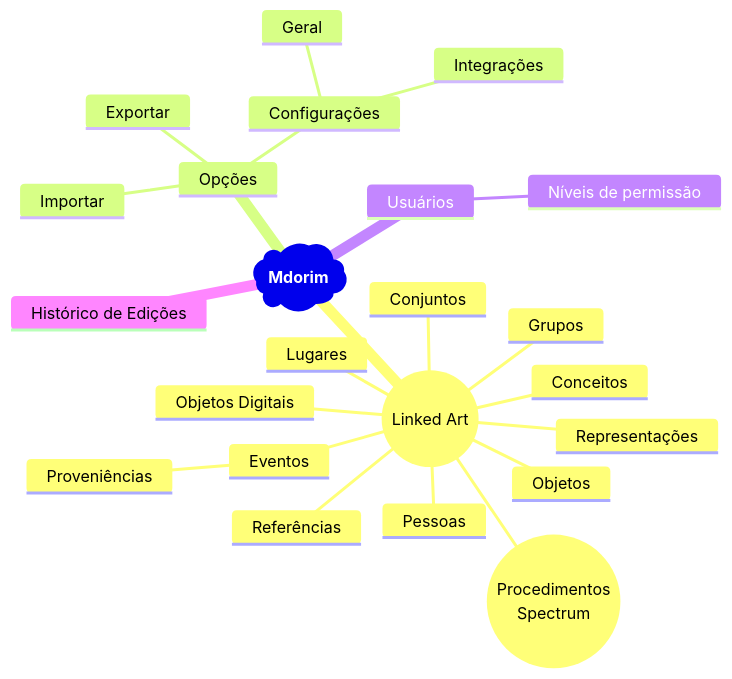
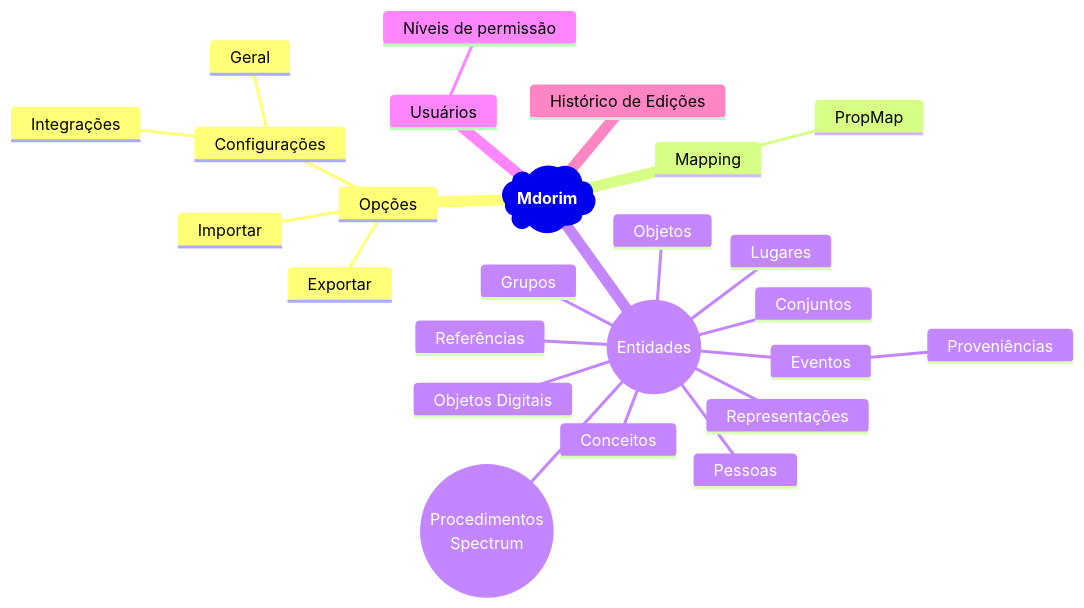
One commit to hgodinho/elucidario changed the diagram in publications/dissertacao-mestrado/content/pt-br/elucidario/mdorim/mermaid.md. Above: the diagram before and after it, drawn with Mermaid. The commit also changed 44 other files, not shown here.

````diff
--- a/publications/dissertacao-mestrado/content/pt-br/elucidario/mdorim/mermaid.md
+++ b/publications/dissertacao-mestrado/content/pt-br/elucidario/mdorim/mermaid.md
@@ -10,27 +10,29 @@
 ```mermaid
     mindmap
         root)"**Mdorim**"(
-            Entidades(("`Linked Art`"))
+            Opções
+                Importar
+                Exportar
+                Configurações
+                    Geral
+                    Integrações
+            Mapping
+                PropMap
+            entidades(("Entidades"))
                 Objetos
                 Conceitos
                 Objetos Digitais
                 Referências
                 Representações
                 Pessoas
                 Grupos
                 Procedimentos(("`Procedimentos
                 Spectrum`"))
                 Eventos
                     Proveniências
                 Lugares
                 Conjuntos
-            Opções
-                Importar
-                Exportar
-                Configurações
-                    Geral
-                    Integrações
             Usuários
                 Níveis de permissão
             Histórico de Edições
 ```
````
